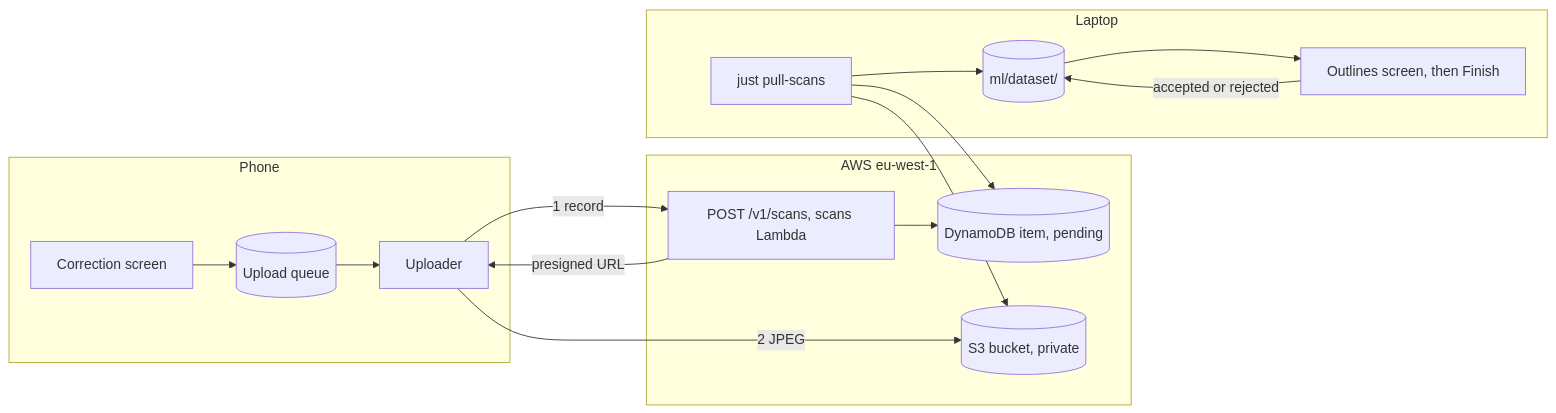
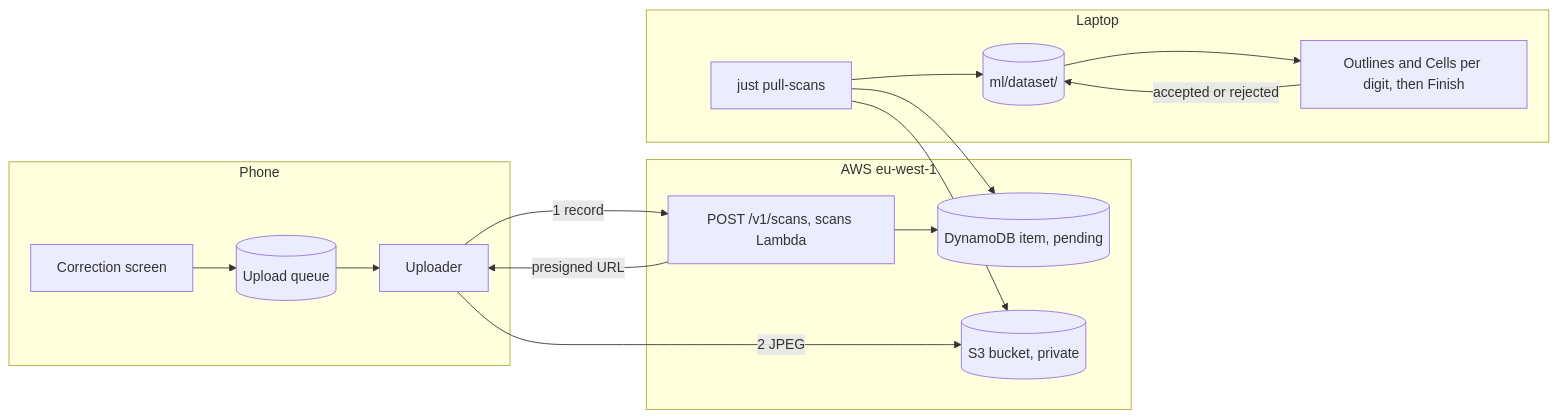
One commit to vandemaelefelix/sudoku changed the diagram in docs/architecture/00-concepts/scan-collection.md. Above: the diagram before and after it, drawn with Mermaid. The commit also changed other lines of this file and 67 other files, not shown here.

First line of the commit message:
feat(ml): a labelling app in Vite and React with two flows (#255) (#260)

````diff
--- a/docs/architecture/00-concepts/scan-collection.md
+++ b/docs/architecture/00-concepts/scan-collection.md
@@ -77,21 +82,21 @@
 ```mermaid
 flowchart LR
   subgraph Phone
     correct["Correction screen"] --> queue[("Upload queue")]
     queue --> uploader["Uploader"]
   end
   subgraph AWS["AWS eu-west-1"]
     route["POST /v1/scans, scans Lambda"] --> db[("DynamoDB item, pending")]
     s3[("S3 bucket, private")]
   end
   subgraph Laptop
     pull["just pull-scans"] --> dataset[("ml/dataset/")]
-    dataset --> review["Outlines screen, then Finish"]
+    dataset --> review["Outlines and Cells per digit, then Finish"]
     review -- "accepted or rejected" --> dataset
   end
   uploader -- "1 record" --> route
   route -- "presigned URL" --> uploader
   uploader -- "2 JPEG" --> s3
   pull --> db
   pull --> s3
 ```
````
